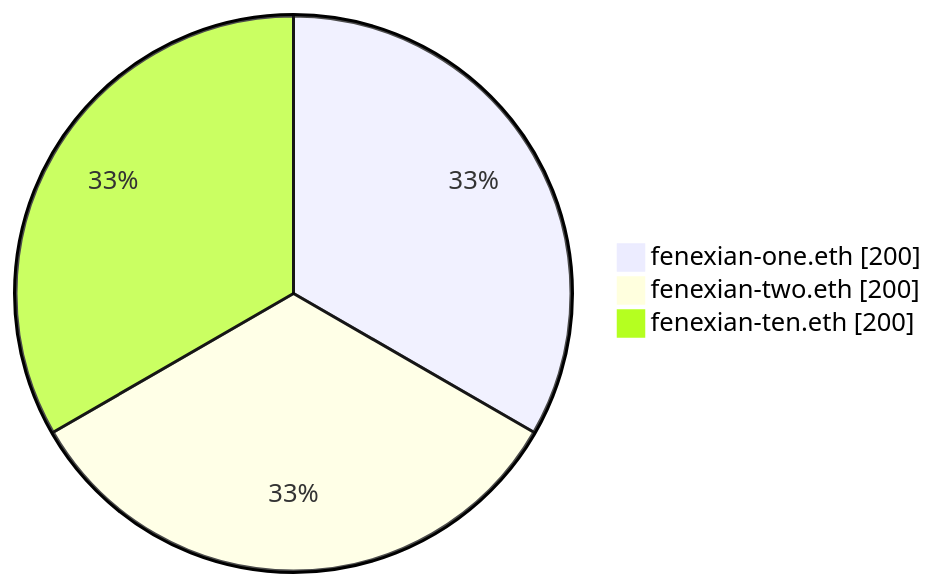
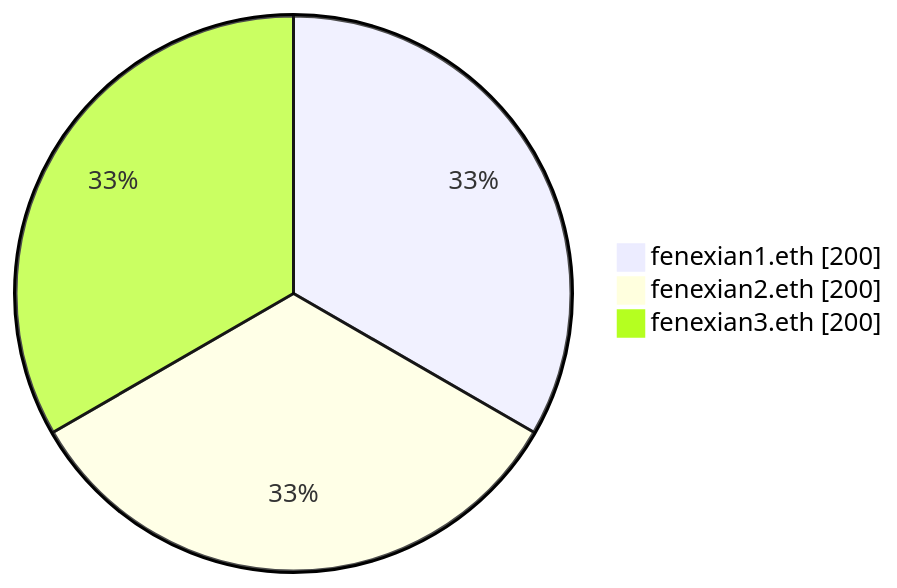
One commit to atomizexyz/litepaper changed the fourth of 5 diagrams in README.md. Above: the diagram before and after it, drawn with Mermaid. The commit also changed other lines of this file and 4 other files, not shown here.

````diff
--- a/README.md
+++ b/README.md
@@ -150,6 +157,6 @@
 ```mermaid
 pie showData
-    "fenexian-one.eth" : 200
-    "fenexian-two.eth" : 200
-    "fenexian-ten.eth" : 200
+    "fenexian1.eth" : 200
+    "fenexian2.eth" : 200
+    "fenexian3.eth" : 200
 ```
````
